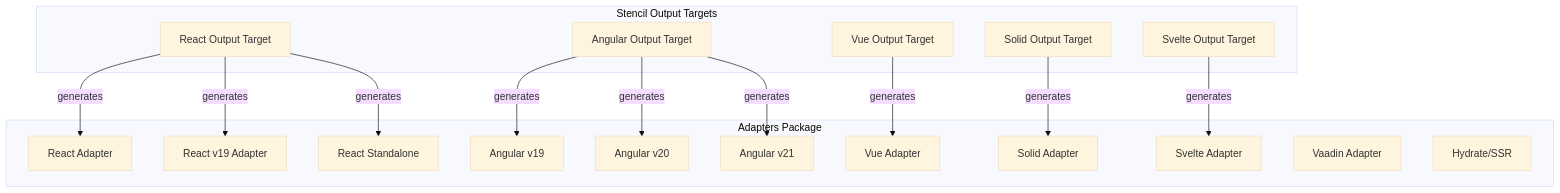
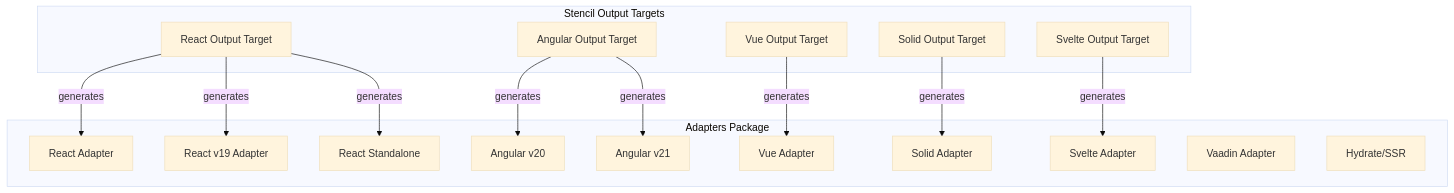
Before and after one commit to public-ui/kolibri: the fourth of 5 diagrams in docs/arc42/05-building-block-view.md, drawn with Mermaid (base theme). The commit also changed other lines of this file and 23 other files, not shown here.

````diff
--- a/docs/arc42/05-building-block-view.md
+++ b/docs/arc42/05-building-block-view.md
@@ -212,34 +212,32 @@
 ```mermaid
 graph TB
     subgraph Adapters Package
         React[React Adapter]
         ReactV19[React v19 Adapter]
         ReactStandalone[React Standalone]
-        Angular19[Angular v19]
         Angular20[Angular v20]
         Angular21[Angular v21]
         Vue[Vue Adapter]
         Solid[Solid Adapter]
         Svelte[Svelte Adapter]
         Vaadin[Vaadin Adapter]
         Hydrate[Hydrate/SSR]
     end
 
     subgraph Stencil Output Targets
         ReactOutput[React Output Target]
         AngularOutput[Angular Output Target]
         VueOutput[Vue Output Target]
         SolidOutput[Solid Output Target]
         SvelteOutput[Svelte Output Target]
     end
 
     ReactOutput -->|generates| React
     ReactOutput -->|generates| ReactV19
     ReactOutput -->|generates| ReactStandalone
-    AngularOutput -->|generates| Angular19
     AngularOutput -->|generates| Angular20
     AngularOutput -->|generates| Angular21
     VueOutput -->|generates| Vue
     SolidOutput -->|generates| Solid
     SvelteOutput -->|generates| Svelte
 ```
````
